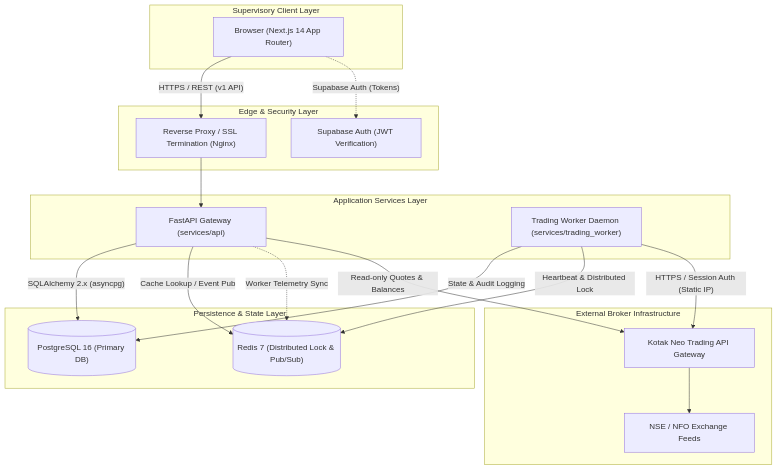
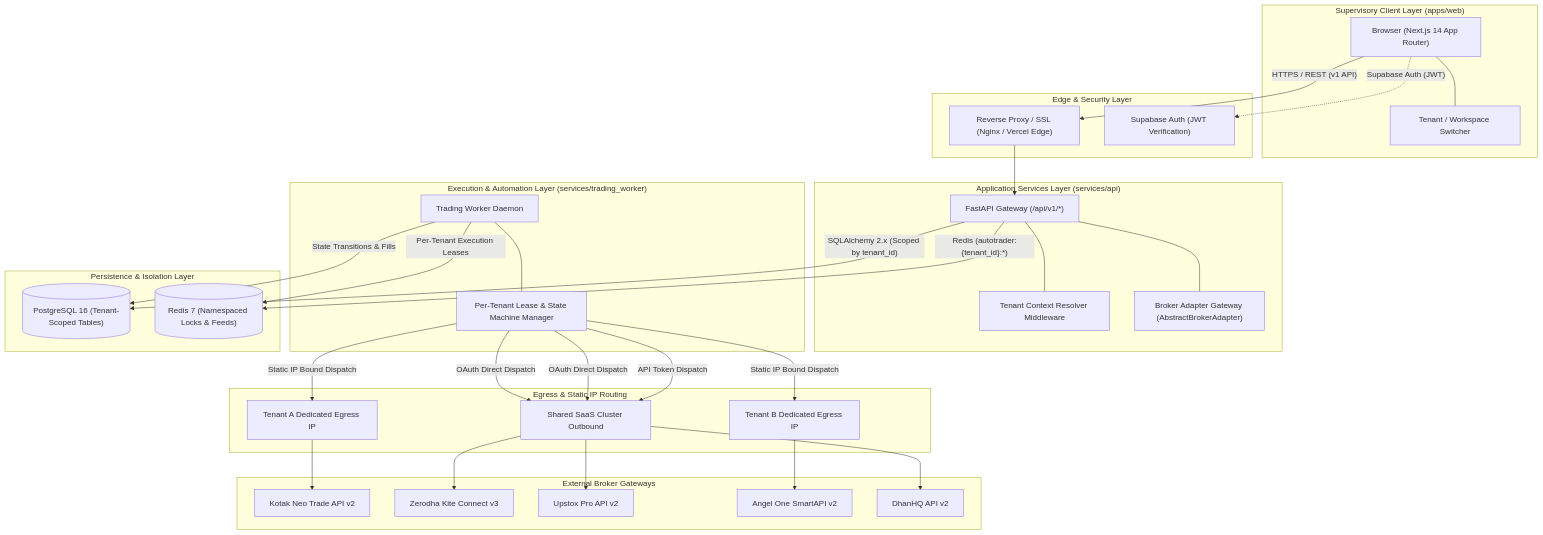
The diagram in docs/ARCHITECTURE.md (Vinkal93/AutoTrader-3.0), drawn with Mermaid before and after one commit. The commit also changed other lines of this file and 10 other files, not shown here.

Commit message:
docs(saas): establish multi-tenant multi-broker SaaS architecture, regulatory compliance, and master governance suite

````diff
--- a/docs/ARCHITECTURE.md
+++ b/docs/ARCHITECTURE.md
@@ -11,43 +12,64 @@
 ```mermaid
 flowchart TD
-    subgraph ClientLayer["Supervisory Client Layer"]
+    subgraph ClientLayer["Supervisory Client Layer (apps/web)"]
         A["Browser (Next.js 14 App Router)"]
+        TS["Tenant / Workspace Switcher"]
+        A --- TS
     end
 
     subgraph EdgeLayer["Edge & Security Layer"]
-        B["Reverse Proxy / SSL Termination (Nginx)"]
+        B["Reverse Proxy / SSL (Nginx / Vercel Edge)"]
         C["Supabase Auth (JWT Verification)"]
     end
 
-    subgraph ApplicationLayer["Application Services Layer"]
-        D["FastAPI Gateway (services/api)"]
-        E["Trading Worker Daemon (services/trading_worker)"]
+    subgraph ApplicationLayer["Application Services Layer (services/api)"]
+        D["FastAPI Gateway (/api/v1/*)"]
+        TR["Tenant Context Resolver Middleware"]
+        D --- TR
+        BM["Broker Adapter Gateway (AbstractBrokerAdapter)"]
+        D --- BM
     end
 
-    subgraph DataLayer["Persistence & State Layer"]
-        F[("PostgreSQL 16 (Primary DB)")]
-        G[("Redis 7 (Distributed Lock & Pub/Sub)")]
+    subgraph WorkerLayer["Execution & Automation Layer (services/trading_worker)"]
+        E["Trading Worker Daemon"]
+        LM["Per-Tenant Lease & State Machine Manager"]
+        E --- LM
     end
 
-    subgraph BrokerLayer["External Broker Infrastructure"]
-        H["Kotak Neo Trading API Gateway"]
-        I["NSE / NFO Exchange Feeds"]
+    subgraph DataLayer["Persistence & Isolation Layer"]
+        F[("PostgreSQL 16 (Tenant-Scoped Tables)")]
+        G[("Redis 7 (Namespaced Locks & Feeds)")]
     end
 
-    %% Client Connections
+    subgraph NetworkLayer["Egress & Static IP Routing"]
+        H1["Tenant A Dedicated Egress IP"]
+        H2["Tenant B Dedicated Egress IP"]
+        H3["Shared SaaS Cluster Outbound"]
+    end
+
+    subgraph BrokerLayer["External Broker Gateways"]
+        K["Kotak Neo Trade API v2"]
+        Z["Zerodha Kite Connect v3"]
+        U["Upstox Pro API v2"]
+        AN["Angel One SmartAPI v2"]
+        DH["DhanHQ API v2"]
+    end
+
+    %% Client Flow
     A -->|"HTTPS / REST (v1 API)"| B
-    A -.->|"Supabase Auth (Tokens)"| C
+    A -.->|"Supabase Auth (JWT)"| C
     B --> D
 
-    %% Internal Inter-service Communications
-    D -->|"SQLAlchemy 2.x (asyncpg)"| F
-    D -->|"Cache Lookup / Event Pub"| G
-    E -->|"State & Audit Logging"| F
-    E -->|"Heartbeat & Distributed Lock"| G
-    D -.->|"Worker Telemetry Sync"| G
+    %% Internal Flows
+    D -->|"SQLAlchemy 2.x (Scoped by tenant_id)"| F
+    D -->|"Redis (autotrader:{tenant_id}:*)"| G
+    E -->|"Per-Tenant Execution Leases"| G
+    E -->|"State Transitions & Fills"| F
 
-    %% Broker Communications
-    E -->|"HTTPS / Session Auth (Static IP)"| H
-    D -->|"Read-only Quotes & Balances"| H
-    H --> I
+    %% Broker Dispatch
+    LM -->|"Static IP Bound Dispatch"| H1 --> K
+    LM -->|"Static IP Bound Dispatch"| H2 --> AN
+    LM -->|"OAuth Direct Dispatch"| H3 --> Z
+    LM -->|"OAuth Direct Dispatch"| H3 --> U
+    LM -->|"API Token Dispatch"| H3 --> DH
 ```
````
